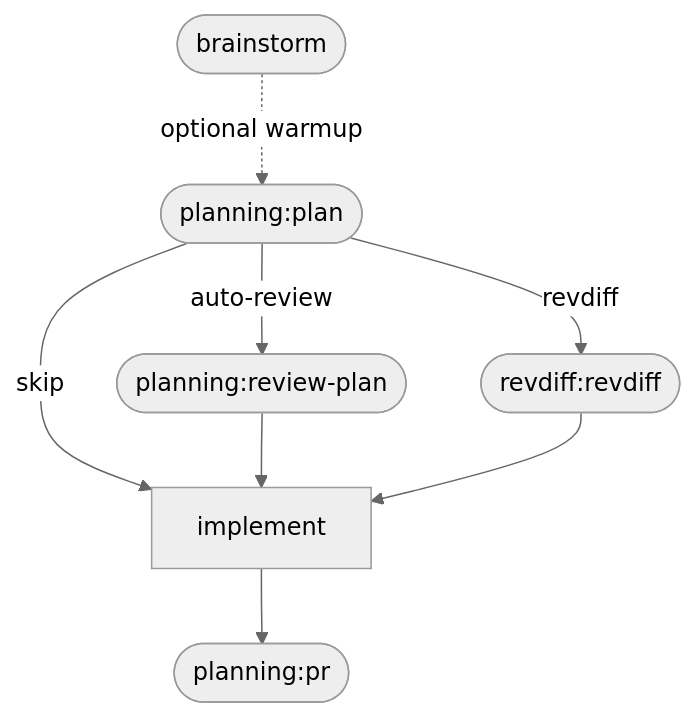
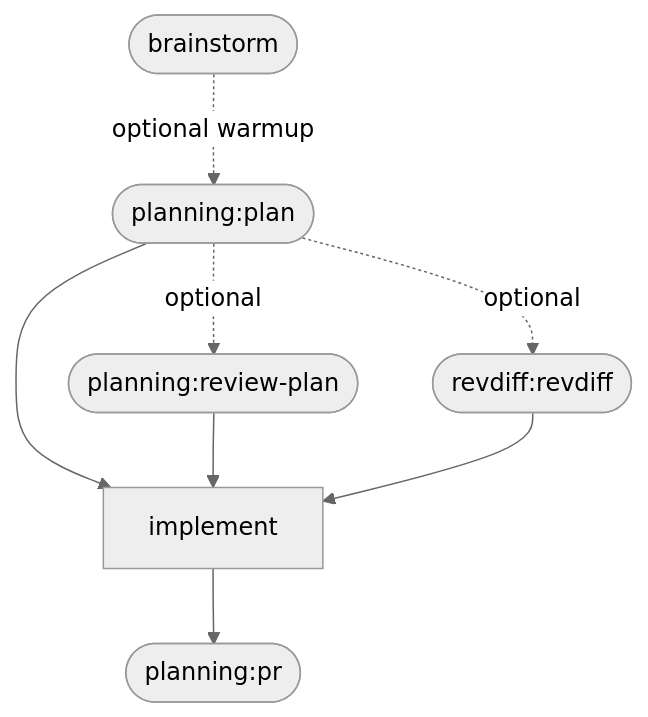
One commit to parMaster/claude-dlc changed the first of 4 diagrams in README.md. Above: the diagram before and after it, drawn with Mermaid (neutral theme). The commit also changed other lines of this file and 11 other files, not shown here.

````diff
--- a/README.md
+++ b/README.md
@@ -37,17 +37,17 @@
 ```mermaid
 flowchart TD
     BS(["brainstorm"])
     PL(["planning:plan"])
     RP(["planning:review-plan"])
     RD(["revdiff:revdiff"])
     IM["implement"]
     DPR(["planning:pr"])
 
     BS -.->|optional warmup| PL
-    PL -->|auto-review| RP
-    PL -->|revdiff| RD
-    PL -->|skip| IM
+    PL -.->|optional| RP
+    PL -.->|optional| RD
+    PL --> IM
     RP --> IM
     RD --> IM
     IM --> DPR
 ```
````
